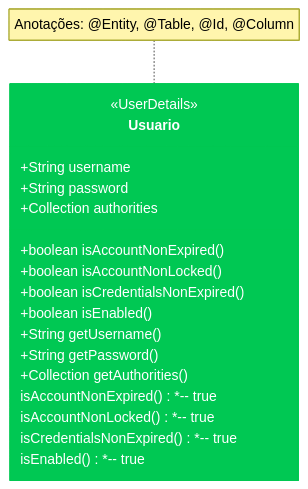
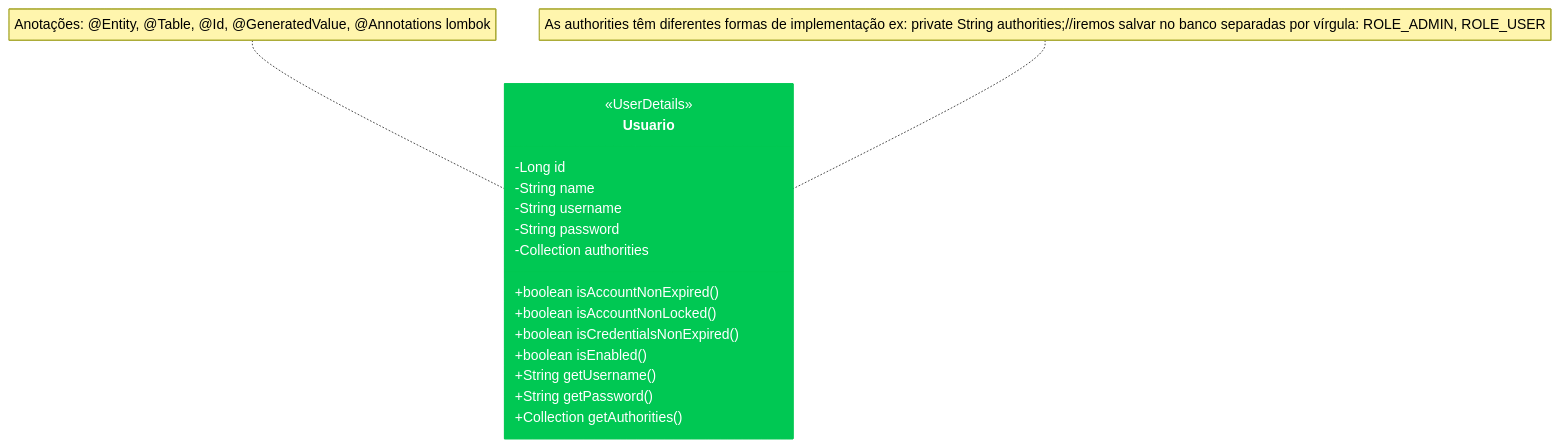
One commit to uandersonferreira/springboot-essentials changed the diagram in readmes/authentication-user-database.md. Above: the diagram before and after it, drawn with Mermaid. The commit also changed other lines of this file, not shown here.

Commit message:
criando o readme authentication-user-database.md

````diff
--- a/readmes/authentication-user-database.md
+++ b/readmes/authentication-user-database.md
@@ -9,28 +9,26 @@
 ```mermaid
 classDiagram
     class Usuario {
         <<UserDetails>>
-        +String username
-        +String password
-        +Collection<GrantedAuthority> authorities
+        -Long id
+        -String name
+        -String username
+        -String password
+        -Collection<GrantedAuthority> authorities
         +boolean isAccountNonExpired()
         +boolean isAccountNonLocked()
         +boolean isCredentialsNonExpired()
         +boolean isEnabled()
         +String getUsername()
         +String getPassword()
         +Collection<GrantedAuthority> getAuthorities()
     }
     
-    note for Usuario "Anotações: @Entity, @Table, @Id, @Column"
-
-    Usuario : isAccountNonExpired() *-- true
-    Usuario : isAccountNonLocked() *-- true
-    Usuario : isCredentialsNonExpired() *-- true
-    Usuario : isEnabled() *-- true
-
+    note for Usuario " Anotações: @Entity, @Table, @Id, @GeneratedValue, @Annotations lombok"
+    note for Usuario "
+    As authorities têm diferentes formas de implementação
+    ex: private String authorities;//iremos salvar no banco separadas por vírgula:  ROLE_ADMIN, ROLE_USER
+    
+    "
    style Usuario color:#FFFFFF, stroke:#00C853, fill:#00C853
-
-   style E color:#FFFFFF, fill:#AA00FF, stroke:#AA00FF
-   style I color:#FFFFFF, stroke:#2962FF, fill:#2962FF
 ```
````
